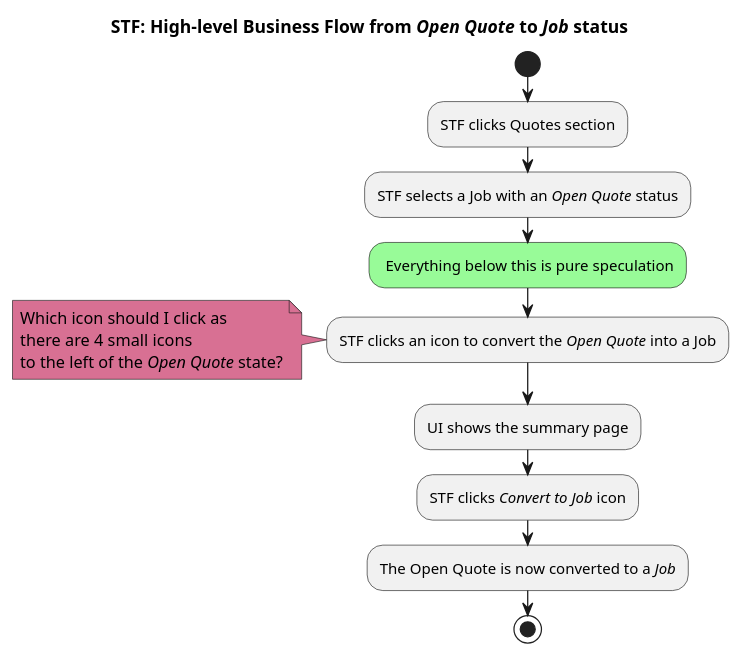
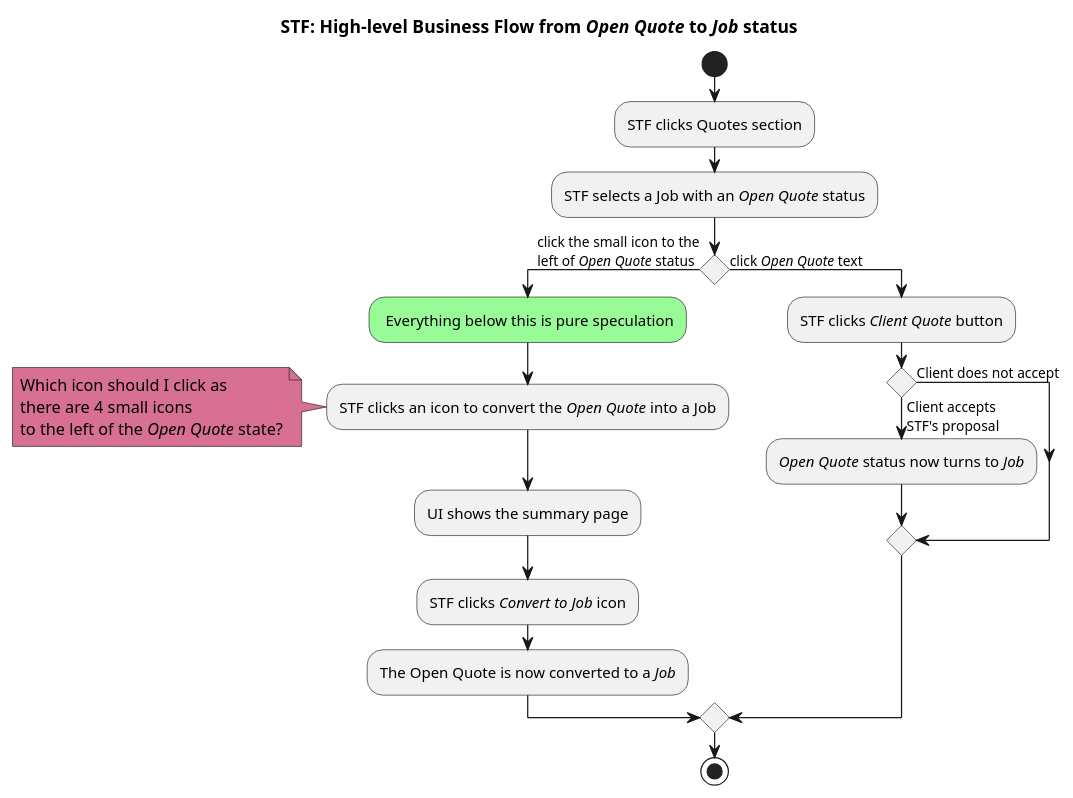
The diagram in STF/STF_OpenQuoteToJob.pu (jpgacrama/NovariSpecs), drawn with PlantUML before and after one commit.

Commit message:
Added branch where you can click Open Quote text and accept proposal from there

```diff
--- a/STF/STF_OpenQuoteToJob.pu
+++ b/STF/STF_OpenQuoteToJob.pu
@@ -6,19 +6,28 @@
 @startuml
     title STF: High-level Business Flow from //Open Quote// to //Job// status
     start
     :STF clicks Quotes section;
     :STF selects a Job with an //Open Quote// status;
-    #PaleGreen: Everything below this is pure speculation;
-    :STF clicks an icon to convert the //Open Quote// into a Job;
+    
+    if () then (click the small icon to the\nleft of //Open Quote// status)
+        #PaleGreen: Everything below this is pure speculation;
+        :STF clicks an icon to convert the //Open Quote// into a Job;
 
-    note #PaleVioletRed
-        Which icon should I click as
-        there are 4 small icons
-        to the left of the //Open Quote// state?
-    end note
+        note #PaleVioletRed
+            Which icon should I click as
+            there are 4 small icons
+            to the left of the //Open Quote// state?
+        end note
 
-    :UI shows the summary page;
-    :STF clicks //Convert to Job// icon;
-    :The Open Quote is now converted to a //Job//;
+        :UI shows the summary page;
+        :STF clicks //Convert to Job// icon;
+        :The Open Quote is now converted to a //Job//;
+    else (click //Open Quote// text)
+        :STF clicks //Client Quote// button;
+        if () then (Client accepts\nSTF's proposal)
+            ://Open Quote// status now turns to //Job//;
+        else(Client does not accept)
+        endif
+    endif
     stop
 @enduml
```
